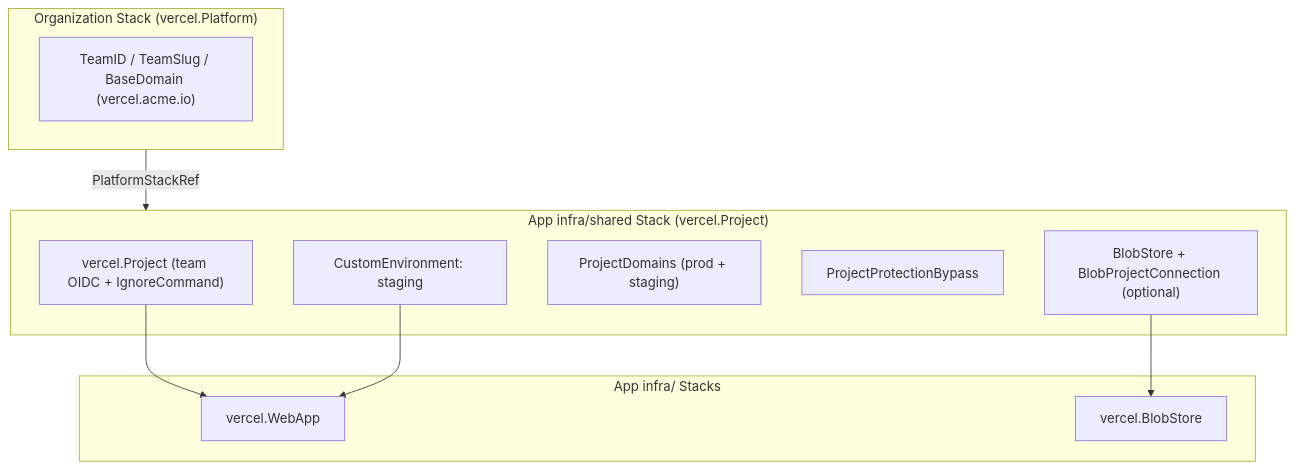
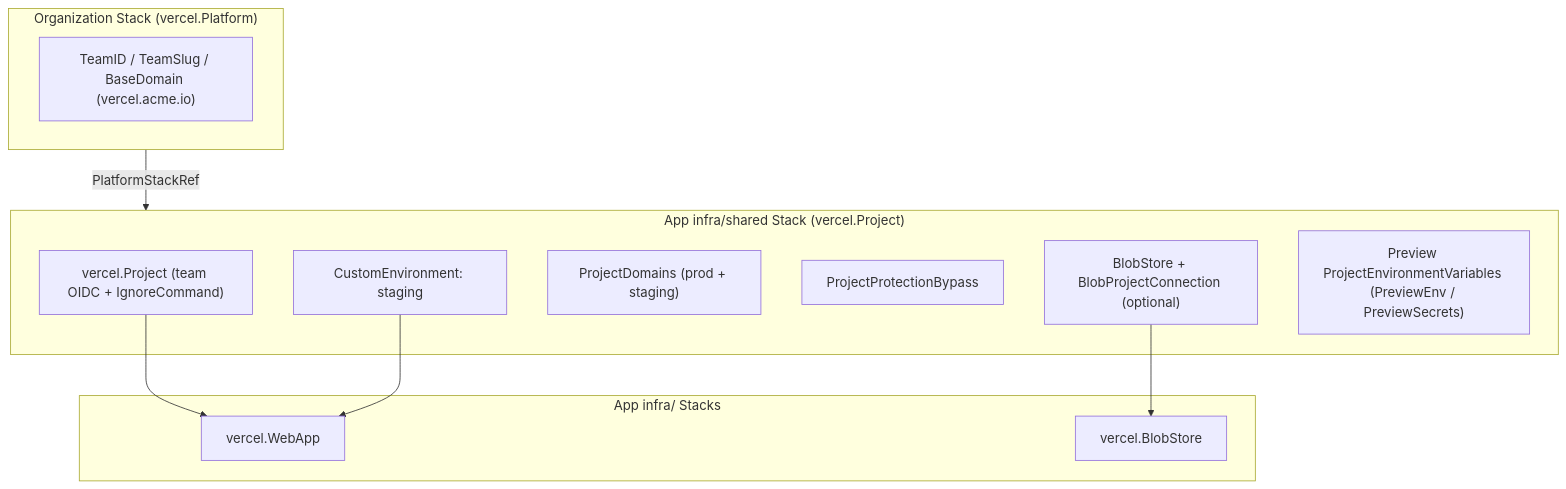
One commit to cloudvoyant/openbase changed the first of 2 diagrams in docs/architecture/providers/vercel/index.md. Above: the diagram before and after it, drawn with Mermaid. The commit also changed other lines of this file and 124 other files, not shown here.

First line of the commit message:
feat(components): unify platform, project, and environment scopes

````diff
--- a/docs/architecture/providers/vercel/index.md
+++ b/docs/architecture/providers/vercel/index.md
@@ -26,24 +26,25 @@
 ```mermaid
 flowchart TD
     subgraph Org["Organization Stack (vercel.Platform)"]
         TeamCfg["TeamID / TeamSlug / BaseDomain (vercel.acme.io)"]
     end
 
     subgraph App["App infra/shared Stack (vercel.Project)"]
         VProj["vercel.Project (team OIDC + IgnoreCommand)"]
         StageCE["CustomEnvironment: staging"]
         Doms["ProjectDomains (prod + staging)"]
         Bypass["ProjectProtectionBypass"]
         BlobRoot["BlobStore + BlobProjectConnection (optional)"]
+        PrevSeed["Preview ProjectEnvironmentVariables (PreviewEnv / PreviewSecrets)"]
     end
 
     subgraph Env["App infra/ Stacks"]
         Web["vercel.WebApp"]
         BlobEnv["vercel.BlobStore"]
     end
 
     Org -->|"PlatformStackRef"| App
     VProj --> Web
     StageCE --> Web
     BlobRoot --> BlobEnv
 ```
````
